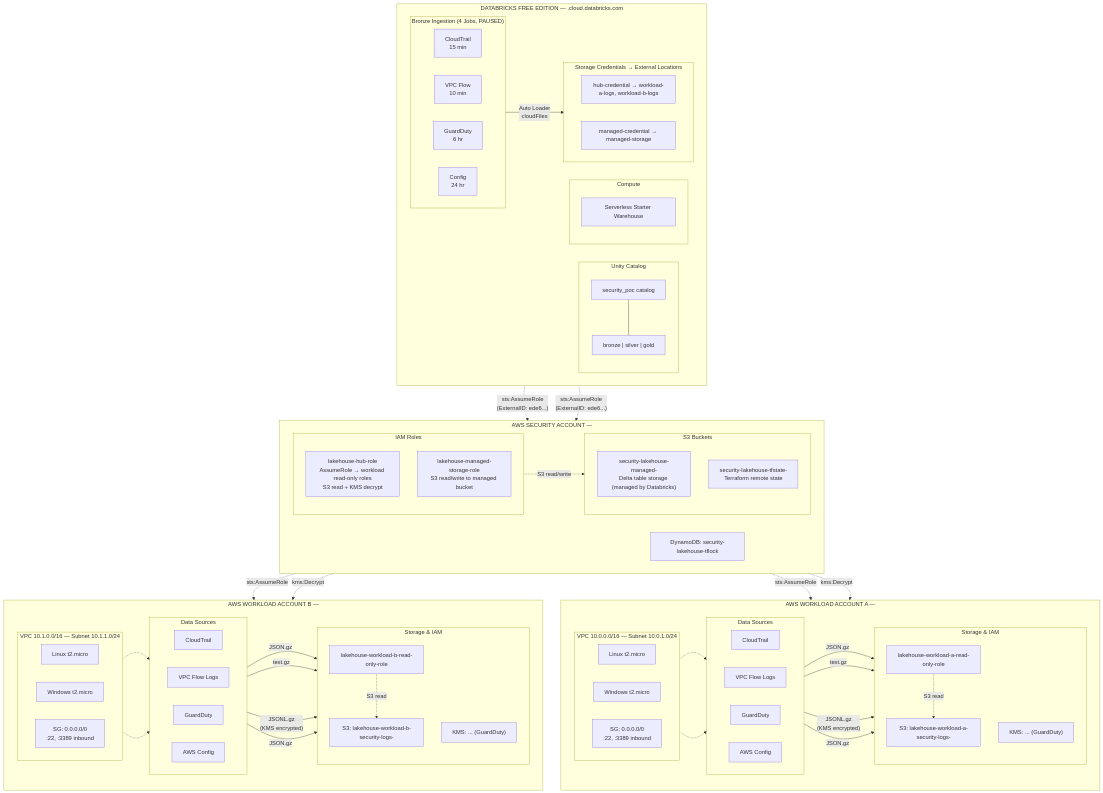
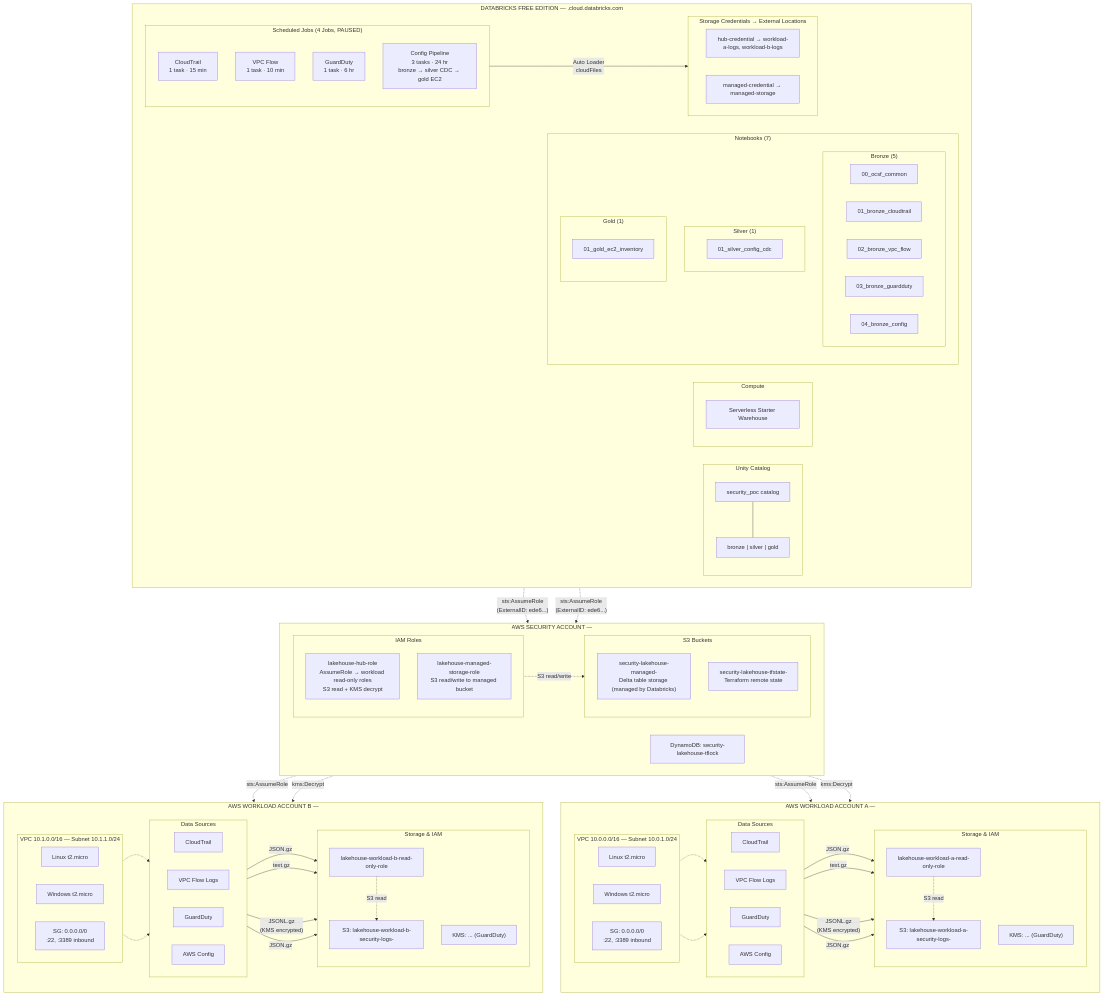
The diagram in diagrams/01_high_level_architecture.mmd (snk5125/security-data-platform), drawn with Mermaid before and after one commit. The commit also changed 11 other files, not shown here.

Commit message:
Added silver and gold layers

```diff
--- a/diagrams/01_high_level_architecture.mmd
+++ b/diagrams/01_high_level_architecture.mmd
@@ -1,162 +1,180 @@
 graph TD
     classDef awsBox fill:#FF9900,color:#fff,stroke:#232F3E,stroke-width:2px
     classDef dbxBox fill:#FF3621,color:#fff,stroke:#8B0000,stroke-width:2px
     classDef s3Box fill:#3F8624,color:#fff,stroke:#2E6B1A,stroke-width:2px
     classDef iamBox fill:#DD344C,color:#fff,stroke:#8B0000,stroke-width:2px
     classDef ec2Box fill:#ED7100,color:#fff,stroke:#9B4B00,stroke-width:2px
     classDef kmsBox fill:#DD344C,color:#fff,stroke:#8B0000,stroke-width:2px
     classDef dataBox fill:#8C4FFF,color:#fff,stroke:#5A2D9E,stroke-width:2px
 
     %% ═══════════════════════════════════════════════════════
     %% DATABRICKS LAYER
     %% ═══════════════════════════════════════════════════════
     subgraph DBX ["DATABRICKS FREE EDITION — <WORKSPACE>.cloud.databricks.com"]
         direction LR
 
         subgraph UC ["Unity Catalog"]
             direction TB
             CAT["security_poc catalog"]
             SCHEMAS["bronze | silver | gold"]
             CAT --- SCHEMAS
         end
 
         subgraph COMPUTE ["Compute"]
             DW["Serverless Starter Warehouse"]
         end
 
-        subgraph JOBS ["Bronze Ingestion (4 Jobs, PAUSED)"]
-            direction LR
-            J1["CloudTrail<br/>15 min"]
-            J2["VPC Flow<br/>10 min"]
-            J3["GuardDuty<br/>6 hr"]
-            J4["Config<br/>24 hr"]
+        subgraph JOBS ["Scheduled Jobs (4 Jobs, PAUSED)"]
+            direction TB
+            J1["CloudTrail<br/>1 task · 15 min"]
+            J2["VPC Flow<br/>1 task · 10 min"]
+            J3["GuardDuty<br/>1 task · 6 hr"]
+            J4["Config Pipeline<br/>3 tasks · 24 hr<br/>bronze → silver CDC → gold EC2"]
+        end
+
+        subgraph NOTEBOOKS ["Notebooks (7)"]
+            direction TB
+            subgraph NB_BRONZE ["Bronze (5)"]
+                direction LR
+                NB0["00_ocsf_common"]
+                NB1["01_bronze_cloudtrail"]
+                NB2["02_bronze_vpc_flow"]
+                NB3["03_bronze_guardduty"]
+                NB4["04_bronze_config"]
+            end
+            subgraph NB_SILVER ["Silver (1)"]
+                NB5["01_silver_config_cdc"]
+            end
+            subgraph NB_GOLD ["Gold (1)"]
+                NB6["01_gold_ec2_inventory"]
+            end
         end
 
         subgraph CREDS ["Storage Credentials → External Locations"]
             direction LR
             HC["hub-credential → workload-a-logs, workload-b-logs"]
             MC["managed-credential → managed-storage"]
         end
     end
 
     %% ═══════════════════════════════════════════════════════
     %% SECURITY ACCOUNT
     %% ═══════════════════════════════════════════════════════
     subgraph SEC ["AWS SECURITY ACCOUNT — <SECURITY_ACCOUNT_ID>"]
         direction LR
 
         subgraph IAM_SEC ["IAM Roles"]
             direction TB
             HUB["lakehouse-hub-role<br/>AssumeRole → workload read-only roles<br/>S3 read + KMS decrypt"]
             MSR["lakehouse-managed-storage-role<br/>S3 read/write to managed bucket"]
         end
 
         subgraph S3_SEC ["S3 Buckets"]
             direction TB
             MSB["security-lakehouse-managed-<SECURITY_ACCOUNT_ID><br/>Delta table storage (managed by Databricks)"]
             STB["security-lakehouse-tfstate-<SECURITY_ACCOUNT_ID><br/>Terraform remote state"]
         end
 
         DDB["DynamoDB: security-lakehouse-tflock"]
     end
 
     %% ═══════════════════════════════════════════════════════
     %% WORKLOAD A
     %% ═══════════════════════════════════════════════════════
     subgraph WKA ["AWS WORKLOAD ACCOUNT A — <WORKLOAD_A_ACCOUNT_ID>"]
         direction LR
 
         subgraph NET_A ["VPC 10.0.0.0/16 — Subnet 10.0.1.0/24"]
             direction LR
             EC2AL["Linux t2.micro<br/><PUBLIC_IP>"]
             EC2AW["Windows t2.micro<br/><PUBLIC_IP>"]
             SGA["SG: 0.0.0.0/0<br/>:22, :3389 inbound"]
         end
 
         subgraph DATA_A ["Data Sources"]
             direction LR
             CTA["CloudTrail"]
             FLA["VPC Flow Logs"]
             GDA["GuardDuty"]
             CFA["AWS Config"]
         end
 
         subgraph STORE_A ["Storage & IAM"]
             direction TB
             S3A["S3: lakehouse-workload-a-security-logs-<WORKLOAD_A_ACCOUNT_ID>"]
             KMSA["KMS: <KMS_KEY_PREFIX>... (GuardDuty)"]
             ROA["lakehouse-workload-a-read-only-role"]
         end
     end
 
     %% ═══════════════════════════════════════════════════════
     %% WORKLOAD B
     %% ═══════════════════════════════════════════════════════
     subgraph WKB ["AWS WORKLOAD ACCOUNT B — <WORKLOAD_B_ACCOUNT_ID>"]
         direction LR
 
         subgraph NET_B ["VPC 10.1.0.0/16 — Subnet 10.1.1.0/24"]
             direction LR
             EC2BL["Linux t2.micro<br/><PUBLIC_IP>"]
             EC2BW["Windows t2.micro<br/><PUBLIC_IP>"]
             SGB["SG: 0.0.0.0/0<br/>:22, :3389 inbound"]
         end
 
         subgraph DATA_B ["Data Sources"]
             direction LR
             CTB["CloudTrail"]
             FLB["VPC Flow Logs"]
             GDB["GuardDuty"]
             CFB["AWS Config"]
         end
 
         subgraph STORE_B ["Storage & IAM"]
             direction TB
             S3B["S3: lakehouse-workload-b-security-logs-<WORKLOAD_B_ACCOUNT_ID>"]
             KMSB["KMS: <KMS_KEY_PREFIX>... (GuardDuty)"]
             ROB["lakehouse-workload-b-read-only-role"]
         end
     end
 
     %% ═══════════════════════════════════════════════════════
     %% EDGES: Databricks → Security Account (IAM chain)
     %% ═══════════════════════════════════════════════════════
     HC -.->|"sts:AssumeRole<br/>(ExternalID: ede6...)"| HUB
     MC -.->|"sts:AssumeRole<br/>(ExternalID: ede6...)"| MSR
     MSR -.->|"S3 read/write"| MSB
 
     %% ═══════════════════════════════════════════════════════
     %% EDGES: Security Account → Workload Accounts (chain-assume)
     %% ═══════════════════════════════════════════════════════
     HUB -.->|"sts:AssumeRole"| ROA
     HUB -.->|"sts:AssumeRole"| ROB
     ROA -.->|"S3 read"| S3A
     ROB -.->|"S3 read"| S3B
     HUB -.->|"kms:Decrypt"| KMSA
     HUB -.->|"kms:Decrypt"| KMSB
 
     %% ═══════════════════════════════════════════════════════
     %% EDGES: EC2 → Data Sources (telemetry generation)
     %% ═══════════════════════════════════════════════════════
     EC2AL -.-> DATA_A
     EC2AW -.-> DATA_A
     EC2BL -.-> DATA_B
     EC2BW -.-> DATA_B
 
     %% ═══════════════════════════════════════════════════════
     %% EDGES: Data Sources → S3 (log delivery)
     %% ═══════════════════════════════════════════════════════
     CTA -->|"JSON.gz"| S3A
     FLA -->|"text.gz"| S3A
     GDA -->|"JSONL.gz<br/>(KMS encrypted)"| S3A
     CFA -->|"JSON.gz"| S3A
 
     CTB -->|"JSON.gz"| S3B
     FLB -->|"text.gz"| S3B
     GDB -->|"JSONL.gz<br/>(KMS encrypted)"| S3B
     CFB -->|"JSON.gz"| S3B
 
     %% ═══════════════════════════════════════════════════════
     %% EDGES: Jobs read from S3 via external locations
     %% ═══════════════════════════════════════════════════════
     JOBS -->|"Auto Loader<br/>cloudFiles"| CREDS
```
